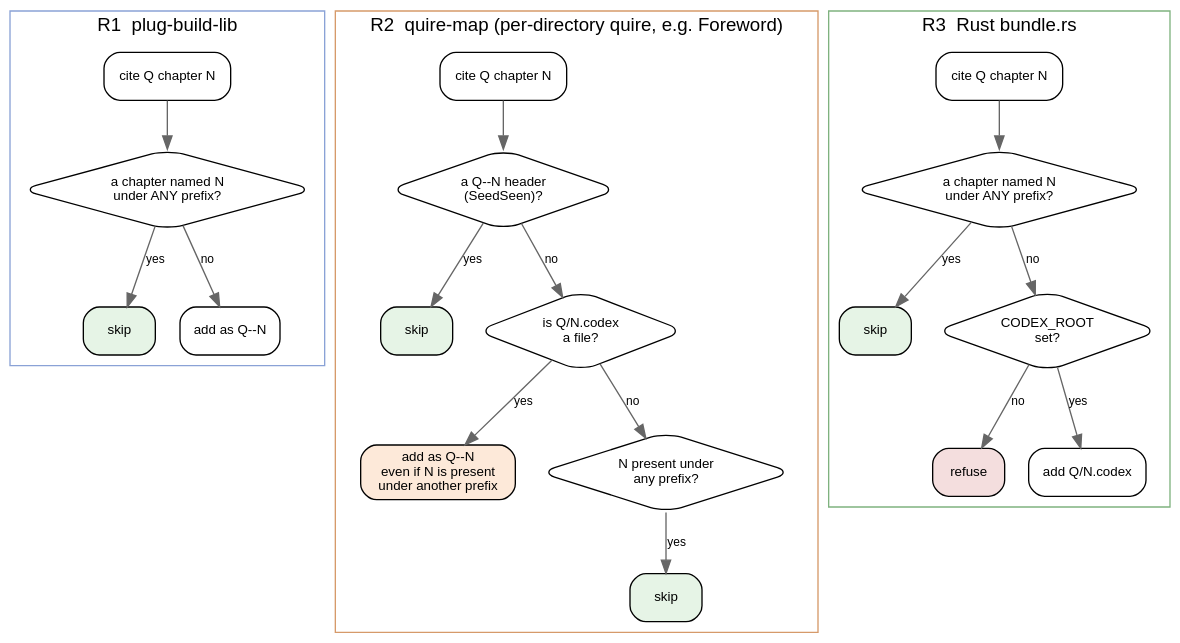
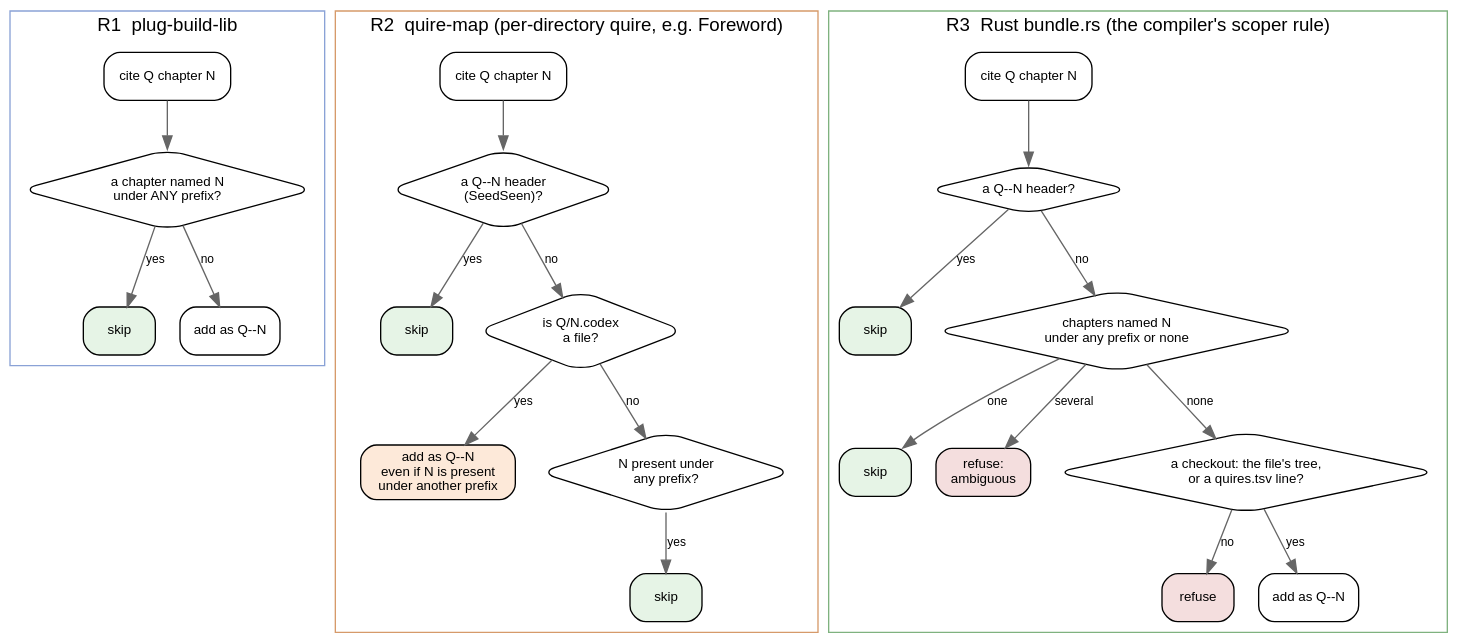
One commit to showell/essay-repl-server changed the second of 3 diagrams in notes/the-cite-resolvers.md. Above: the diagram before and after it, drawn with Graphviz. The commit also changed other lines of this file, not shown here.

First line of the commit message:
the-cite-resolvers: R3 follows the compiler's scoper, and what Rust resolution settled, measured at U60

````diff
--- a/notes/the-cite-resolvers.md
+++ b/notes/the-cite-resolvers.md
@@ -69,41 +69,45 @@
 ```dot
 digraph {
   rankdir=TB; bgcolor="transparent"; compound=true;
   node [shape=box style="rounded,filled" fillcolor="#ffffff" fontname="Helvetica" fontsize=10];
   edge [fontname="Helvetica" fontsize=9 color="#666666"];
 
   subgraph cluster_1 {
     label="R1  plug-build-lib"; fontname="Helvetica"; color="#8aa2d6";
     a1 [label="cite Q chapter N"];
     a2 [label="a chapter named N\nunder ANY prefix?" shape=diamond];
     a3 [label="skip" fillcolor="#e6f4e6"];
     a4 [label="add as Q--N"];
     a1 -> a2; a2 -> a3 [label="yes"]; a2 -> a4 [label="no"];
   }
 
   subgraph cluster_2 {
     label="R2  quire-map (per-directory quire, e.g. Foreword)"; fontname="Helvetica"; color="#d69a6a";
     b1 [label="cite Q chapter N"];
     b2 [label="a Q--N header\n(SeedSeen)?" shape=diamond];
     b3 [label="skip" fillcolor="#e6f4e6"];
     b4 [label="is Q/N.codex\na file?" shape=diamond];
     b5 [label="add as Q--N\neven if N is present\nunder another prefix" fillcolor="#fde9d9"];
     b6 [label="N present under\nany prefix?" shape=diamond];
     b7 [label="skip" fillcolor="#e6f4e6"];
     b1 -> b2; b2 -> b3 [label="yes"]; b2 -> b4 [label="no"];
     b4 -> b5 [label="yes"]; b4 -> b6 [label="no"]; b6 -> b7 [label="yes"];
   }
 
   subgraph cluster_3 {
-    label="R3  Rust bundle.rs"; fontname="Helvetica"; color="#7fb27f";
+    label="R3  Rust bundle.rs (the compiler's scoper rule)"; fontname="Helvetica"; color="#7fb27f";
     c1 [label="cite Q chapter N"];
-    c2 [label="a chapter named N\nunder ANY prefix?" shape=diamond];
+    c2 [label="a Q--N header?" shape=diamond];
     c3 [label="skip" fillcolor="#e6f4e6"];
-    c4 [label="CODEX_ROOT\nset?" shape=diamond];
-    c5 [label="refuse" fillcolor="#f4dede"];
-    c6 [label="add Q/N.codex"];
+    c4 [label="chapters named N\nunder any prefix or none" shape=diamond];
+    c5 [label="skip" fillcolor="#e6f4e6"];
+    c6 [label="refuse:\nambiguous" fillcolor="#f4dede"];
+    c7 [label="a checkout: the file's tree,\nor a quires.tsv line?" shape=diamond];
+    c8 [label="refuse" fillcolor="#f4dede"];
+    c9 [label="add as Q--N"];
     c1 -> c2; c2 -> c3 [label="yes"]; c2 -> c4 [label="no"];
-    c4 -> c5 [label="no"]; c4 -> c6 [label="yes"];
+    c4 -> c5 [label="one"]; c4 -> c6 [label="several"]; c4 -> c7 [label="none"];
+    c7 -> c8 [label="no"]; c7 -> c9 [label="yes"];
   }
 }
 ```
````
